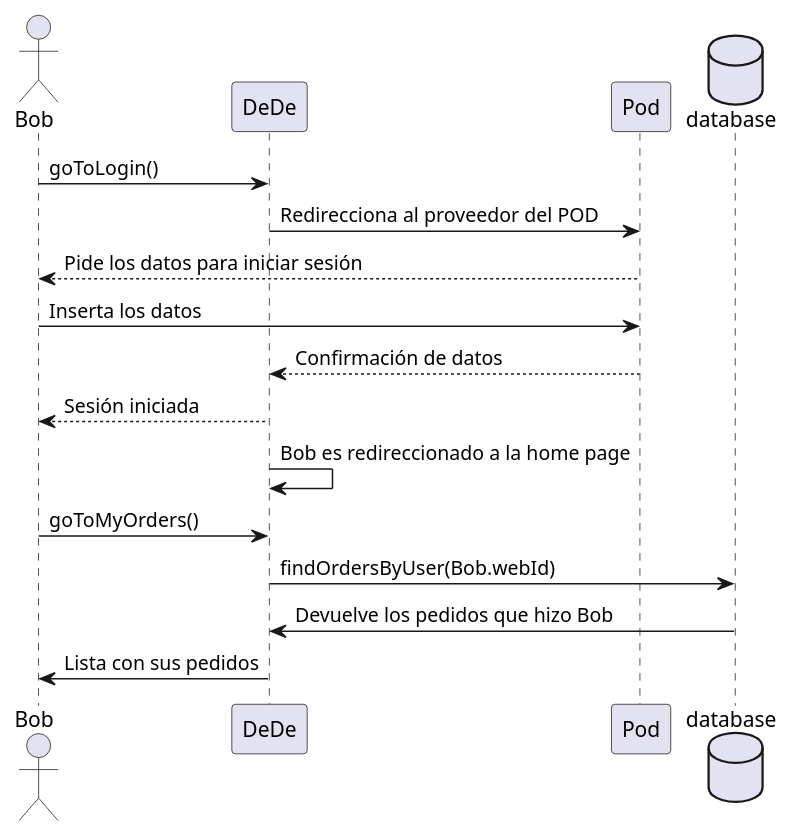
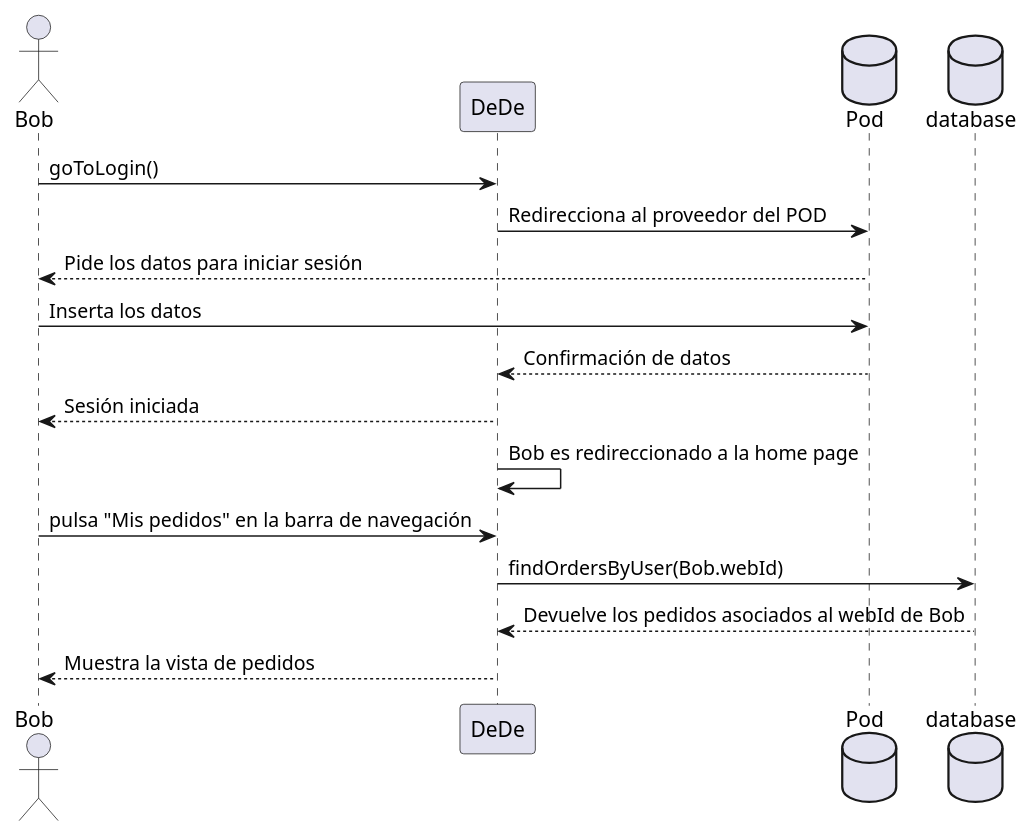
Before and after one commit to Arquisoft/dede_es6b: the fourth of 4 diagrams in docs/06_runtime_view.adoc, drawn with PlantUML. The commit also changed other lines of this file, not shown here.

```diff
--- a/docs/06_runtime_view.adoc
+++ b/docs/06_runtime_view.adoc
@@ -66,18 +67,18 @@
 [plantuml,"06_runtime_verPedido",png]
 ----
 actor Bob
 participant DeDe
-participant Pod
+database Pod
 database database
 Bob -> DeDe: goToLogin()
 DeDe -> Pod: Redirecciona al proveedor del POD
 Bob <-- Pod: Pide los datos para iniciar sesión
 Bob -> Pod: Inserta los datos
 DeDe <-- Pod: Confirmación de datos
 Bob <-- DeDe: Sesión iniciada
 DeDe -> DeDe: Bob es redireccionado a la home page
-Bob -> DeDe: goToMyOrders() 
+Bob -> DeDe: pulsa "Mis pedidos" en la barra de navegación 
 DeDe -> database: findOrdersByUser(Bob.webId)
-database -> DeDe: Devuelve los pedidos que hizo Bob
-DeDe -> Bob: Lista con sus pedidos
+DeDe <-- database: Devuelve los pedidos asociados al webId de Bob
+Bob <-- DeDe: Muestra la vista de pedidos
 ----
```
